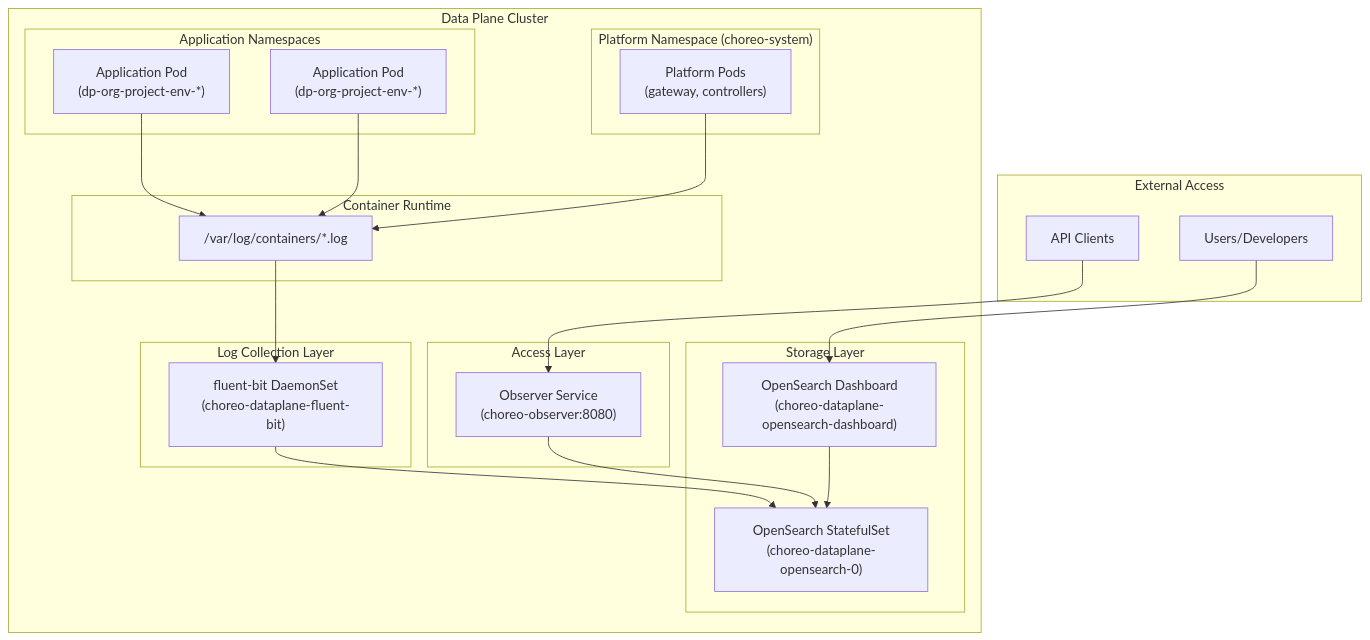
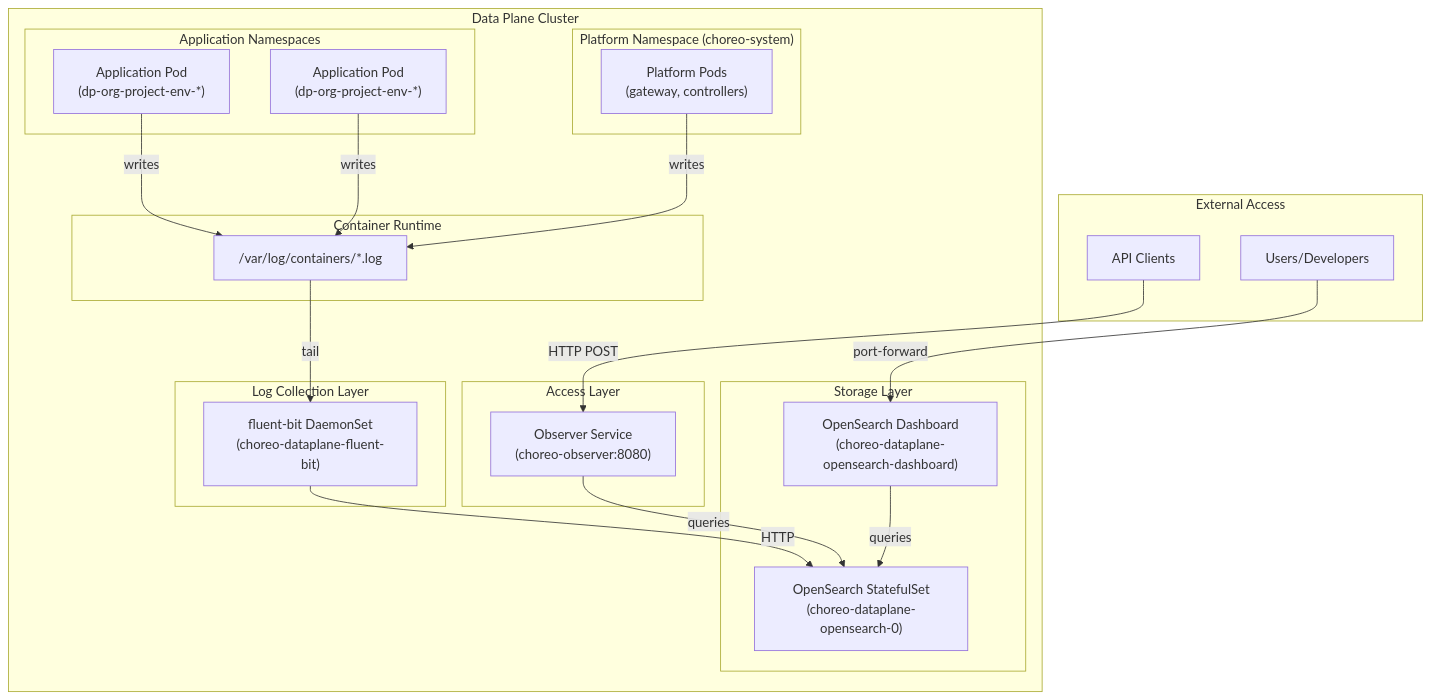
The first of 4 diagrams in docs/deepwiki/Observability.md (openchoreo/openchoreo), drawn with Mermaid before and after one commit. The commit also changed other lines of this file and 85 other files, not shown here.

Commit message:
feat: Add new workflow and specification templates, update Helm chart dependencies, and clarify documentation diagrams.

````diff
--- a/docs/deepwiki/Observability.md
+++ b/docs/deepwiki/Observability.md
@@ -28,58 +28,58 @@
 ```mermaid
 flowchart TD
 
 AppPod1["Application Pod<br>(dp-org-project-env-*)"]
 AppPod2["Application Pod<br>(dp-org-project-env-*)"]
 PlatformPod["Platform Pods<br>(gateway, controllers)"]
 LogFiles["/var/log/containers/*.log"]
 FluentbitDS["fluent-bit DaemonSet<br>(choreo-dataplane-fluent-bit)"]
 OpenSearch["OpenSearch StatefulSet<br>(choreo-dataplane-opensearch-0)"]
 OSDashboard["OpenSearch Dashboard<br>(choreo-dataplane-opensearch-dashboard)"]
 Observer["Observer Service<br>(choreo-observer:8080)"]
 User["Users/Developers"]
 API["API Clients"]
 
-User --> OSDashboard
-API --> Observer
+User -->|"port-forward"| OSDashboard
+API -->|"HTTP POST"| Observer
 
 subgraph subGraph7 ["External Access"]
     User
     API
 end
 
 subgraph subGraph6 ["Data Plane Cluster"]
-    AppPod1 --> LogFiles
-    AppPod2 --> LogFiles
-    PlatformPod --> LogFiles
-    LogFiles --> FluentbitDS
-    FluentbitDS --> OpenSearch
-    Observer --> OpenSearch
+    AppPod1 -->|"writes"| LogFiles
+    AppPod2 -->|"writes"| LogFiles
+    PlatformPod -->|"writes"| LogFiles
+    LogFiles -->|"tail"| FluentbitDS
+    FluentbitDS -->|"HTTP"| OpenSearch
+    Observer -->|"queries"| OpenSearch
 
 subgraph subGraph5 ["Access Layer"]
     Observer
 end
 
 subgraph subGraph4 ["Storage Layer"]
     OpenSearch
     OSDashboard
-    OSDashboard --> OpenSearch
+    OSDashboard -->|"queries"| OpenSearch
 end
 
 subgraph subGraph3 ["Log Collection Layer"]
     FluentbitDS
 end
 
 subgraph subGraph2 ["Container Runtime"]
     LogFiles
 end
 
 subgraph subGraph1 ["Platform Namespace (choreo-system)"]
     PlatformPod
 end
 
 subgraph subGraph0 ["Application Namespaces"]
     AppPod1
     AppPod2
 end
 end
 ```
````
